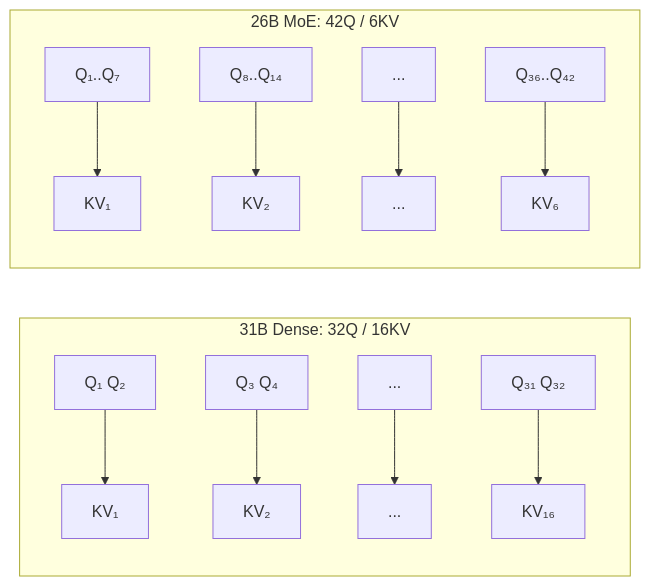
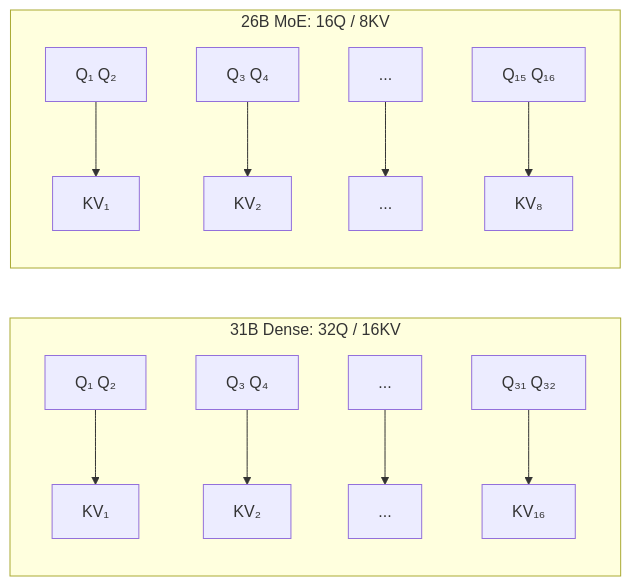
One commit to guangxiangdebizi/Gemma4-31b-dense---27b-moe changed the tenth of 16 diagrams in docs/gemma4_architecture.md. Above: the diagram before and after it, drawn with Mermaid. The commit also changed other lines of this file and 1 other file, not shown here.

Commit message:
Update architecture documentation for MoE 26B-A4B model, refining parameter specifications, attention head configurations, and expert structures. Include detailed insights on expert activation, parameter distribution, and memory efficiency compared to Dense models.

````diff
--- a/docs/gemma4_architecture.md
+++ b/docs/gemma4_architecture.md
@@ -388,16 +448,16 @@
 ```mermaid
 graph LR
     subgraph "31B Dense: 32Q / 16KV"
         Q1["Q₁ Q₂"] --> KV1["KV₁"]
         Q3["Q₃ Q₄"] --> KV2["KV₂"]
         Q5["..."] --> KV3["..."]
         Q31["Q₃₁ Q₃₂"] --> KV16["KV₁₆"]
     end
     
-    subgraph "26B MoE: 42Q / 6KV"
-        QA["Q₁..Q₇"] --> KVA["KV₁"]
-        QB["Q₈..Q₁₄"] --> KVB["KV₂"]
+    subgraph "26B MoE: 16Q / 8KV"
+        QA["Q₁ Q₂"] --> KVA["KV₁"]
+        QB["Q₃ Q₄"] --> KVB["KV₂"]
         QC["..."] --> KVC["..."]
-        QD["Q₃₆..Q₄₂"] --> KVD["KV₆"]
+        QD["Q₁₅ Q₁₆"] --> KVD["KV₈"]
     end
 ```
````
